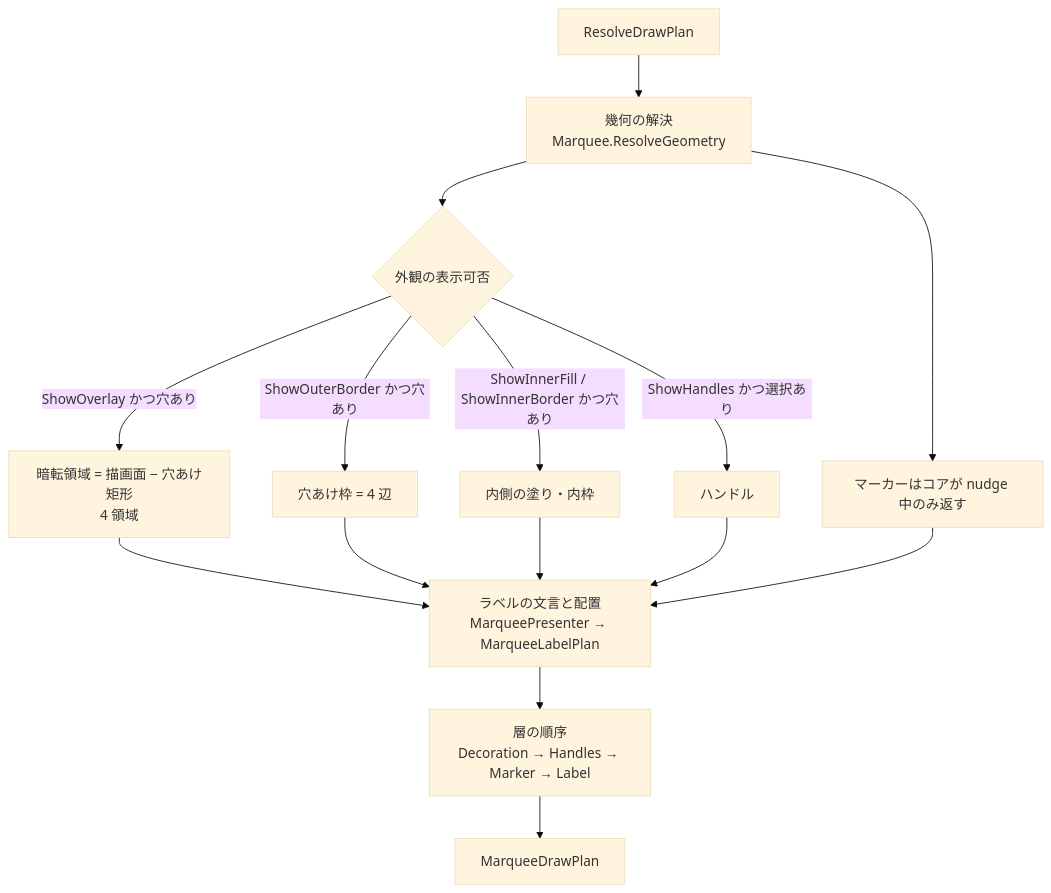
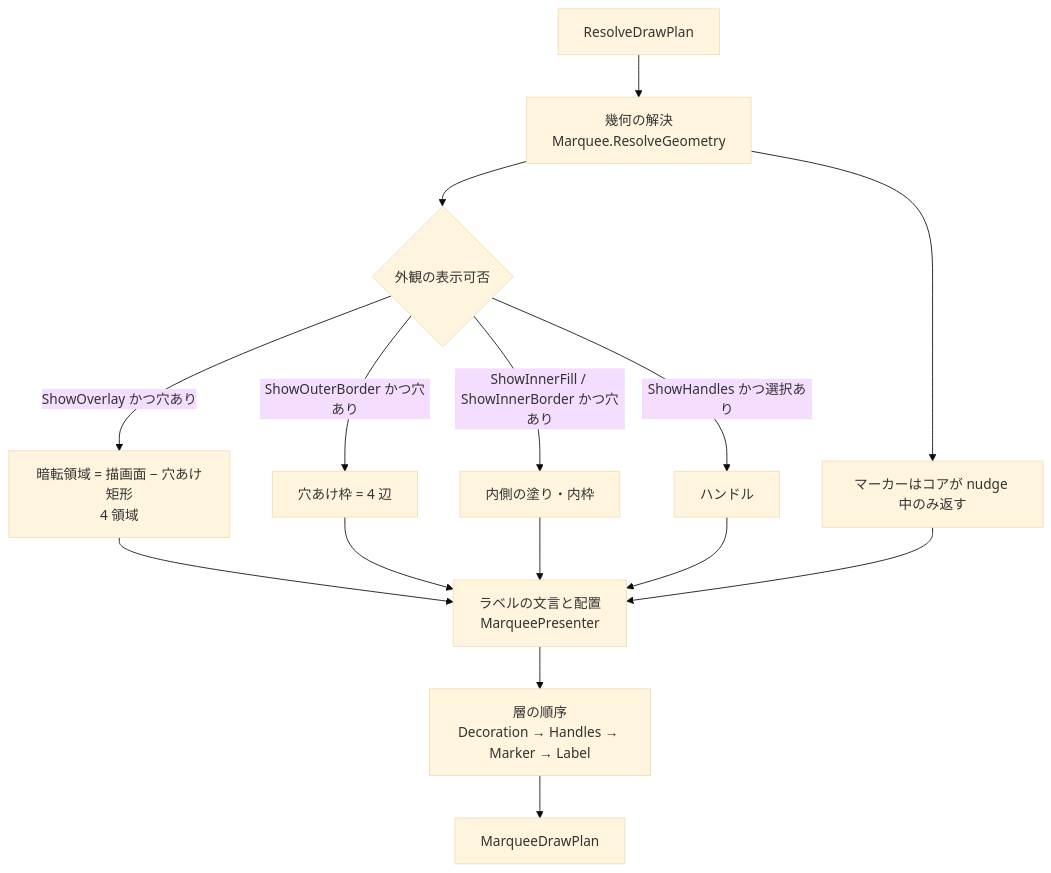
One commit to tomokuni/SaveEvidence changed the second of 2 diagrams in src/Feature.Marquee.Presenter/SPEC_System.md. Above: the diagram before and after it, drawn with Mermaid (base theme). The commit also changed other lines of this file and 42 other files, not shown here.

````diff
--- a/src/Feature.Marquee.Presenter/SPEC_System.md
+++ b/src/Feature.Marquee.Presenter/SPEC_System.md
@@ -75,17 +75,17 @@
 ```mermaid
 flowchart TD
     A[ResolveDrawPlan] --> B[幾何の解決<br/>Marquee.ResolveGeometry]
     B --> C{外観の表示可否}
     C -->|ShowOverlay かつ穴あり| D[暗転領域 = 描画面 − 穴あけ矩形<br/>4 領域]
     C -->|ShowOuterBorder かつ穴あり| E[穴あけ枠 = 4 辺]
     C -->|ShowInnerFill / ShowInnerBorder かつ穴あり| F[内側の塗り・内枠]
     C -->|ShowHandles かつ選択あり| G[ハンドル]
     B --> H[マーカーはコアが nudge 中のみ返す]
-    D --> I[ラベルの文言と配置<br/>MarqueePresenter → MarqueeLabelPlan]
+    D --> I[ラベルの文言と配置<br/>MarqueePresenter]
     E --> I
     F --> I
     G --> I
     H --> I
     I --> J[層の順序<br/>Decoration → Handles → Marker → Label]
     J --> K[MarqueeDrawPlan]
 ```
````
